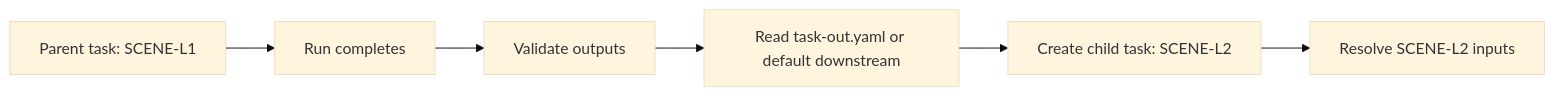
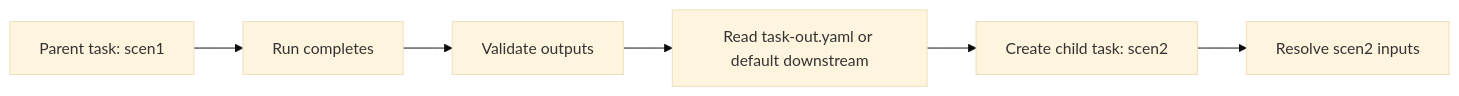
Before and after one commit to GoBobr/veriproc: the fourth of 5 diagrams in docs/specs/2.system_architecture.md, drawn with Mermaid (base theme). The commit also changed other lines of this file and 5 other files, not shown here.

````diff
--- a/docs/specs/2.system_architecture.md
+++ b/docs/specs/2.system_architecture.md
@@ -691,8 +694,8 @@
 ```mermaid
 flowchart LR
-  A[Parent task: SCENE-L1] --> B[Run completes]
+  A[Parent task: scen1] --> B[Run completes]
   B --> C[Validate outputs]
   C --> D[Read task-out.yaml or default downstream]
-  D --> E[Create child task: SCENE-L2]
-  E --> F[Resolve SCENE-L2 inputs]
+  D --> E[Create child task: scen2]
+  E --> F[Resolve scen2 inputs]
 ```
````
